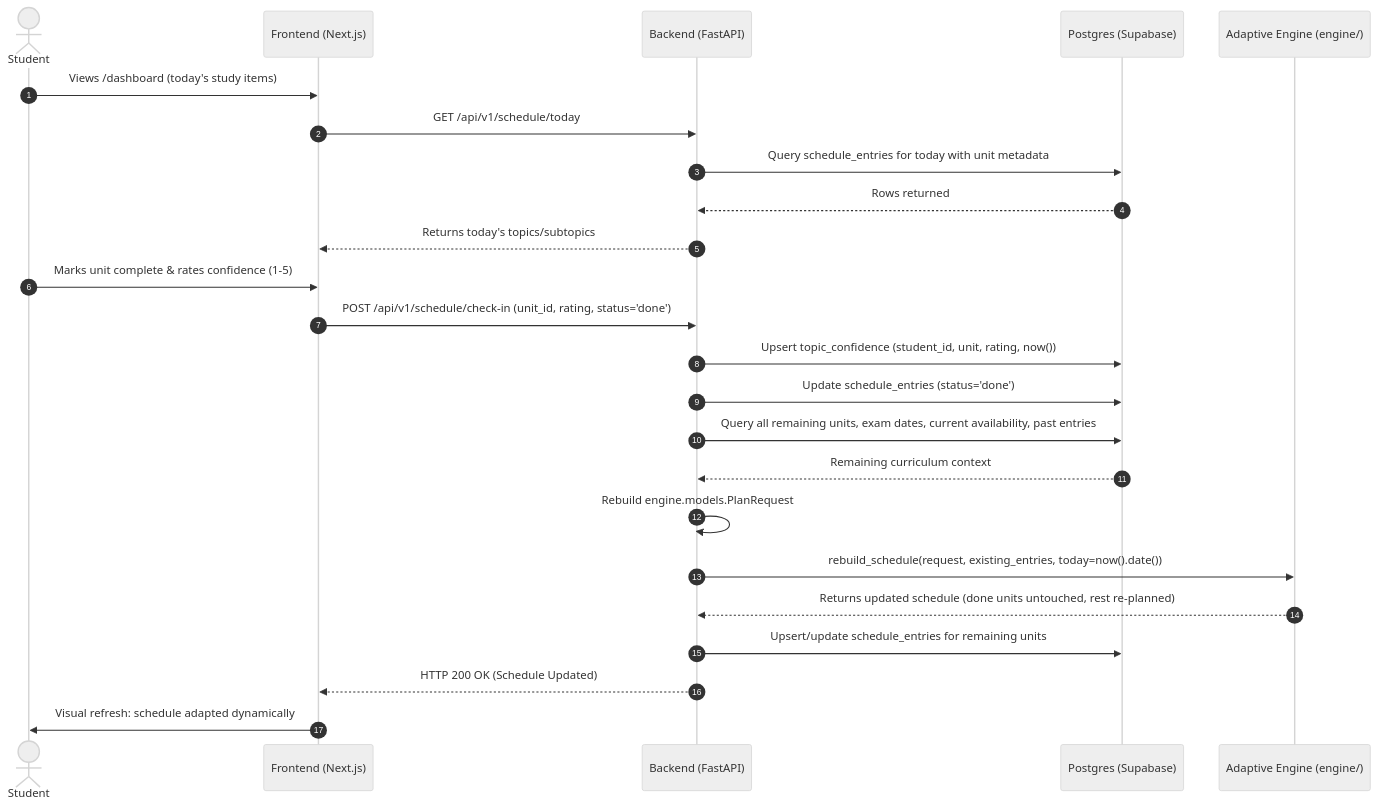
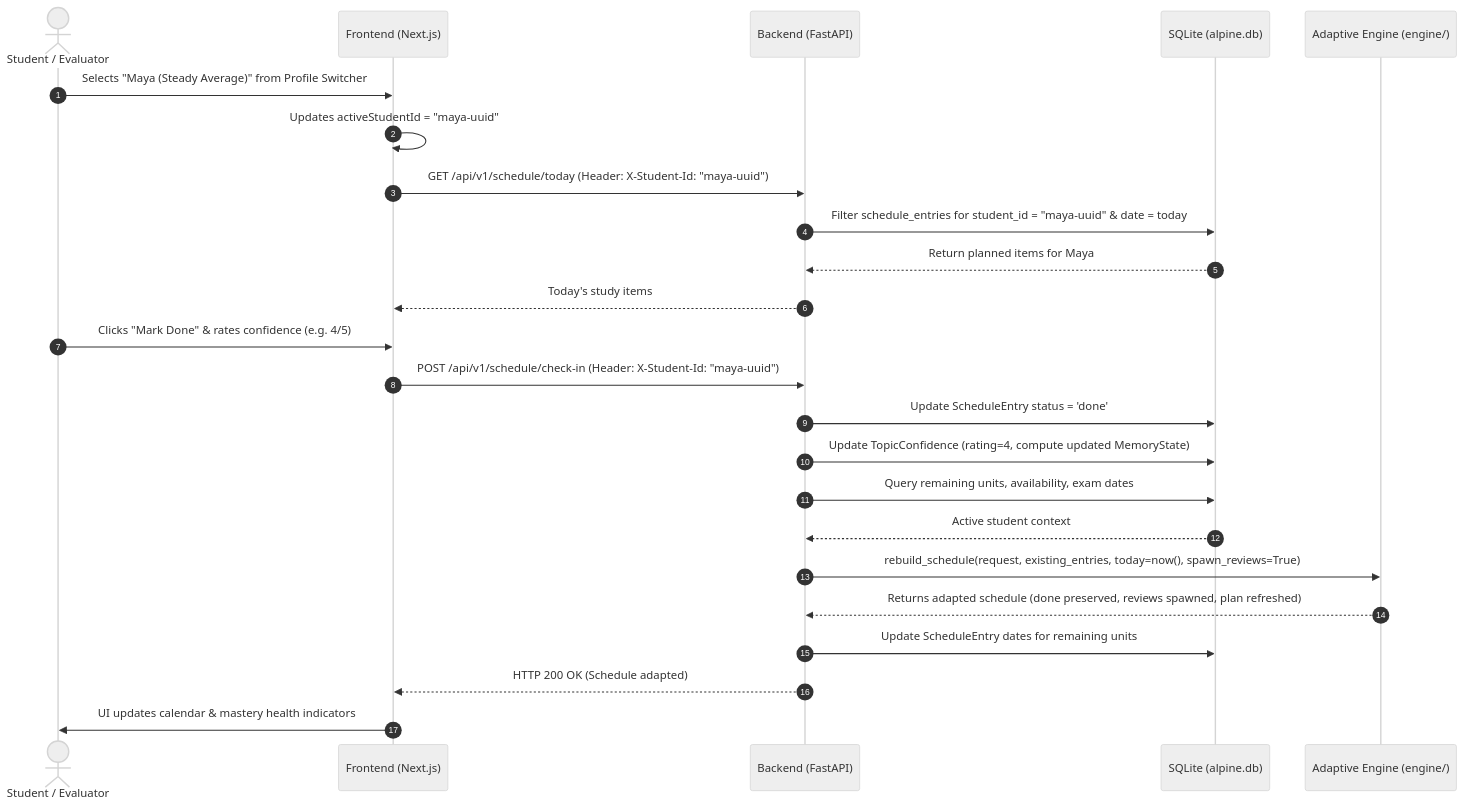
Before and after one commit to aahanakabdugale/Alpine: the second of 2 diagrams in docs/FRONTEND_AND_BACKEND_HANDOVER.md, drawn with Mermaid (neutral theme). The commit also changed other lines of this file and 1 other file, not shown here.

Commit message:
docs/replacing Supabase with SQLlite

````diff
--- a/docs/FRONTEND_AND_BACKEND_HANDOVER.md
+++ b/docs/FRONTEND_AND_BACKEND_HANDOVER.md
@@ -92,27 +94,27 @@
 ```mermaid
 sequenceDiagram
     autonumber
-    actor Student
+    actor User as Student / Evaluator
     participant FE as Frontend (Next.js)
     participant BE as Backend (FastAPI)
-    participant DB as Postgres (Supabase)
+    participant DB as SQLite (alpine.db)
     participant Eng as Adaptive Engine (engine/)
 
-    Student->>FE: Views /dashboard (today's study items)
-    FE->>BE: GET /api/v1/schedule/today
-    BE->>DB: Query schedule_entries for today with unit metadata
-    DB-->>BE: Rows returned
-    BE-->>FE: Returns today's topics/subtopics
-    Student->>FE: Marks unit complete & rates confidence (1-5)
-    FE->>BE: POST /api/v1/schedule/check-in (unit_id, rating, status='done')
-    BE->>DB: Upsert topic_confidence (student_id, unit, rating, now())
-    BE->>DB: Update schedule_entries (status='done')
-    BE->>DB: Query all remaining units, exam dates, current availability, past entries
-    DB-->>BE: Remaining curriculum context
-    BE->>BE: Rebuild engine.models.PlanRequest
-    BE->>Eng: rebuild_schedule(request, existing_entries, today=now().date())
-    Eng-->>BE: Returns updated schedule (done units untouched, rest re-planned)
-    BE->>DB: Upsert/update schedule_entries for remaining units
-    BE-->>FE: HTTP 200 OK (Schedule Updated)
-    FE->>Student: Visual refresh: schedule adapted dynamically
+    User->>FE: Selects "Maya (Steady Average)" from Profile Switcher
+    FE->>FE: Updates activeStudentId = "maya-uuid"
+    FE->>BE: GET /api/v1/schedule/today (Header: X-Student-Id: "maya-uuid")
+    BE->>DB: Filter schedule_entries for student_id = "maya-uuid" & date = today
+    DB-->>BE: Return planned items for Maya
+    BE-->>FE: Today's study items
+    User->>FE: Clicks "Mark Done" & rates confidence (e.g. 4/5)
+    FE->>BE: POST /api/v1/schedule/check-in (Header: X-Student-Id: "maya-uuid")
+    BE->>DB: Update ScheduleEntry status = 'done'
+    BE->>DB: Update TopicConfidence (rating=4, compute updated MemoryState)
+    BE->>DB: Query remaining units, availability, exam dates
+    DB-->>BE: Active student context
+    BE->>Eng: rebuild_schedule(request, existing_entries, today=now(), spawn_reviews=True)
+    Eng-->>BE: Returns adapted schedule (done preserved, reviews spawned, plan refreshed)
+    BE->>DB: Update ScheduleEntry dates for remaining units
+    BE-->>FE: HTTP 200 OK (Schedule adapted)
+    FE->>User: UI updates calendar & mastery health indicators
 ```
````
